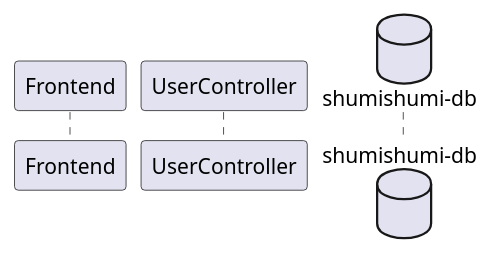
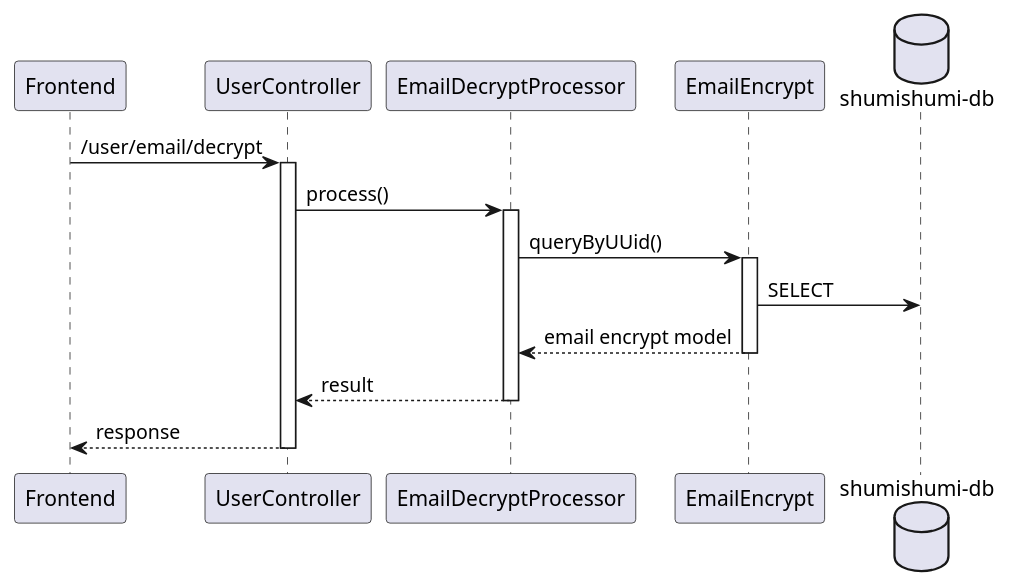
The diagram in uml diagram/sequence diagram/BE/user controller/emailDecrypt.pu (aldihsuhandi/skripsi-2023), drawn with PlantUML before and after one commit. The commit also changed 4 other files, not shown here.

```diff
--- a/uml diagram/sequence diagram/BE/user controller/emailDecrypt.pu
+++ b/uml diagram/sequence diagram/BE/user controller/emailDecrypt.pu
@@ -1,7 +1,21 @@
 @startuml emailDecrypt
 participant "Frontend" as fe
 participant "UserController" as uc
 
+participant "EmailDecryptProcessor" as proc
+
+participant "EmailEncrypt" as em
+
 database "shumishumi-db" as db
 
+fe -> uc++ : /user/email/decrypt
+uc -> proc++ : process()
+
+proc -> em++ : queryByUUid()
+em -> db : SELECT
+return email encrypt model
+
+return result
+return response
+
 @enduml
```
